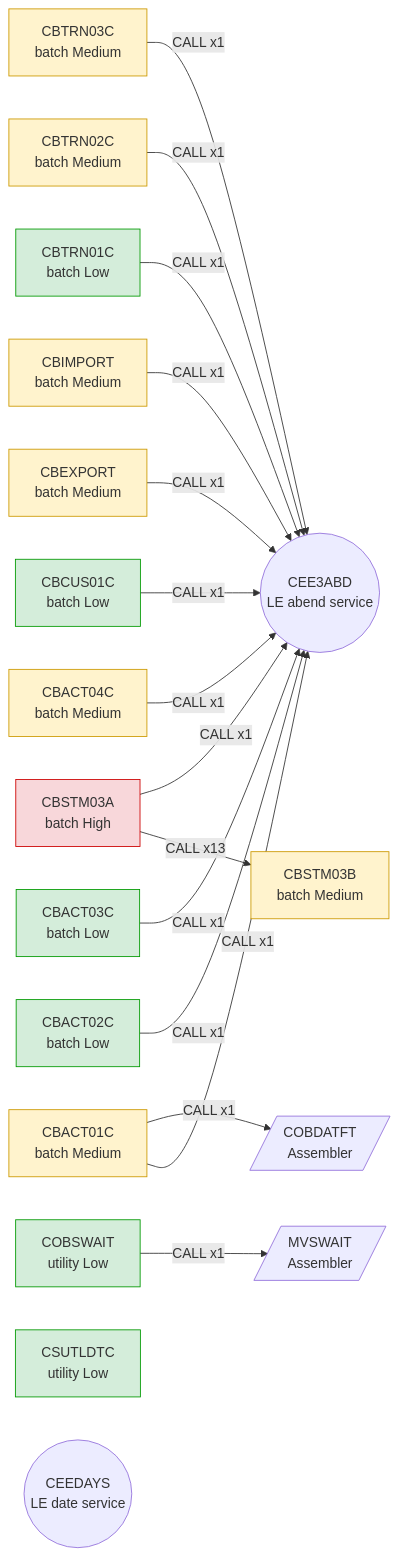
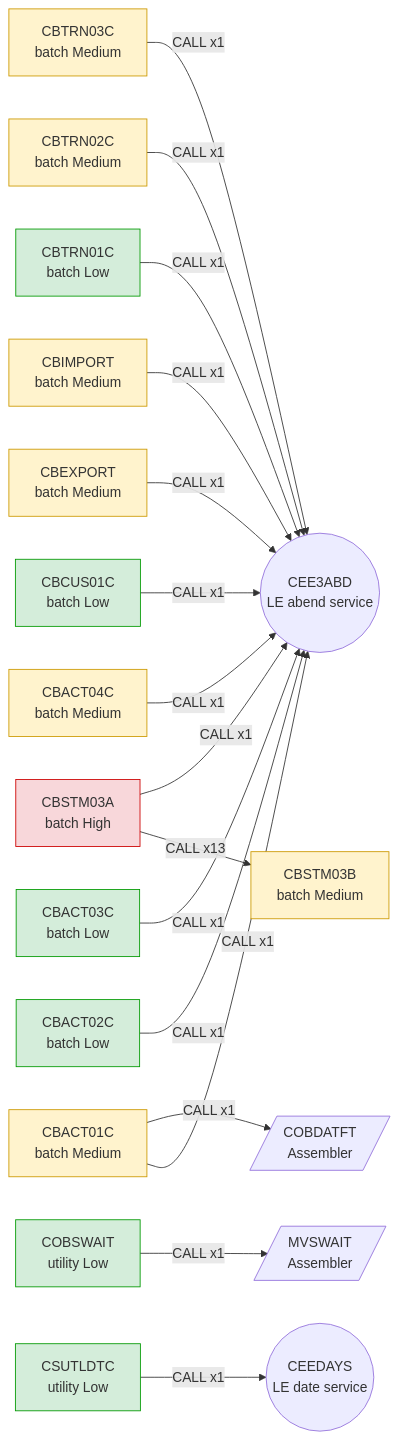
Before and after one commit to COG-GTM/aws-mainframe-modernization-carddemo: the diagram in docs/modernization/diagrams/02-batch-call-graph.mmd, drawn with Mermaid. The commit also changed 7 other files, not shown here.

```diff
--- a/docs/modernization/diagrams/02-batch-call-graph.mmd
+++ b/docs/modernization/diagrams/02-batch-call-graph.mmd
@@ -1,53 +1,54 @@
 flowchart LR
     classDef high fill:#f8d7da,stroke:#c00;
     classDef medium fill:#fff3cd,stroke:#c90;
     classDef low fill:#d4edda,stroke:#090;
     classDef ext fill:#eee,stroke:#999,stroke-dasharray: 3 3;
     classDef ds fill:#e7f0ff,stroke:#36c;
     classDef job fill:#f3e8ff,stroke:#63c;
     CBACT01C["CBACT01C<br/>batch Medium"]
     class CBACT01C medium;
     CBACT02C["CBACT02C<br/>batch Low"]
     class CBACT02C low;
     CBACT03C["CBACT03C<br/>batch Low"]
     class CBACT03C low;
     CBACT04C["CBACT04C<br/>batch Medium"]
     class CBACT04C medium;
     CBCUS01C["CBCUS01C<br/>batch Low"]
     class CBCUS01C low;
     CBEXPORT["CBEXPORT<br/>batch Medium"]
     class CBEXPORT medium;
     CBIMPORT["CBIMPORT<br/>batch Medium"]
     class CBIMPORT medium;
     CBSTM03A["CBSTM03A<br/>batch High"]
     class CBSTM03A high;
     CBSTM03B["CBSTM03B<br/>batch Medium"]
     class CBSTM03B medium;
     CBTRN01C["CBTRN01C<br/>batch Low"]
     class CBTRN01C low;
     CBTRN02C["CBTRN02C<br/>batch Medium"]
     class CBTRN02C medium;
     CBTRN03C["CBTRN03C<br/>batch Medium"]
     class CBTRN03C medium;
     COBSWAIT["COBSWAIT<br/>utility Low"]
     class COBSWAIT low;
     CSUTLDTC["CSUTLDTC<br/>utility Low"]
     class CSUTLDTC low;
     COBDATFT[/"COBDATFT<br/>Assembler"/]
     MVSWAIT[/"MVSWAIT<br/>Assembler"/]
     CEE3ABD(("CEE3ABD<br/>LE abend service"))
     CEEDAYS(("CEEDAYS<br/>LE date service"))
     CBACT01C -->|"CALL x1"| CEE3ABD
     CBACT01C -->|"CALL x1"| COBDATFT
     CBACT02C -->|"CALL x1"| CEE3ABD
     CBACT03C -->|"CALL x1"| CEE3ABD
     CBACT04C -->|"CALL x1"| CEE3ABD
     CBCUS01C -->|"CALL x1"| CEE3ABD
     CBEXPORT -->|"CALL x1"| CEE3ABD
     CBIMPORT -->|"CALL x1"| CEE3ABD
     CBSTM03A -->|"CALL x13"| CBSTM03B
     CBSTM03A -->|"CALL x1"| CEE3ABD
     CBTRN01C -->|"CALL x1"| CEE3ABD
     CBTRN02C -->|"CALL x1"| CEE3ABD
     CBTRN03C -->|"CALL x1"| CEE3ABD
     COBSWAIT -->|"CALL x1"| MVSWAIT
+    CSUTLDTC -->|"CALL x1"| CEEDAYS
```
